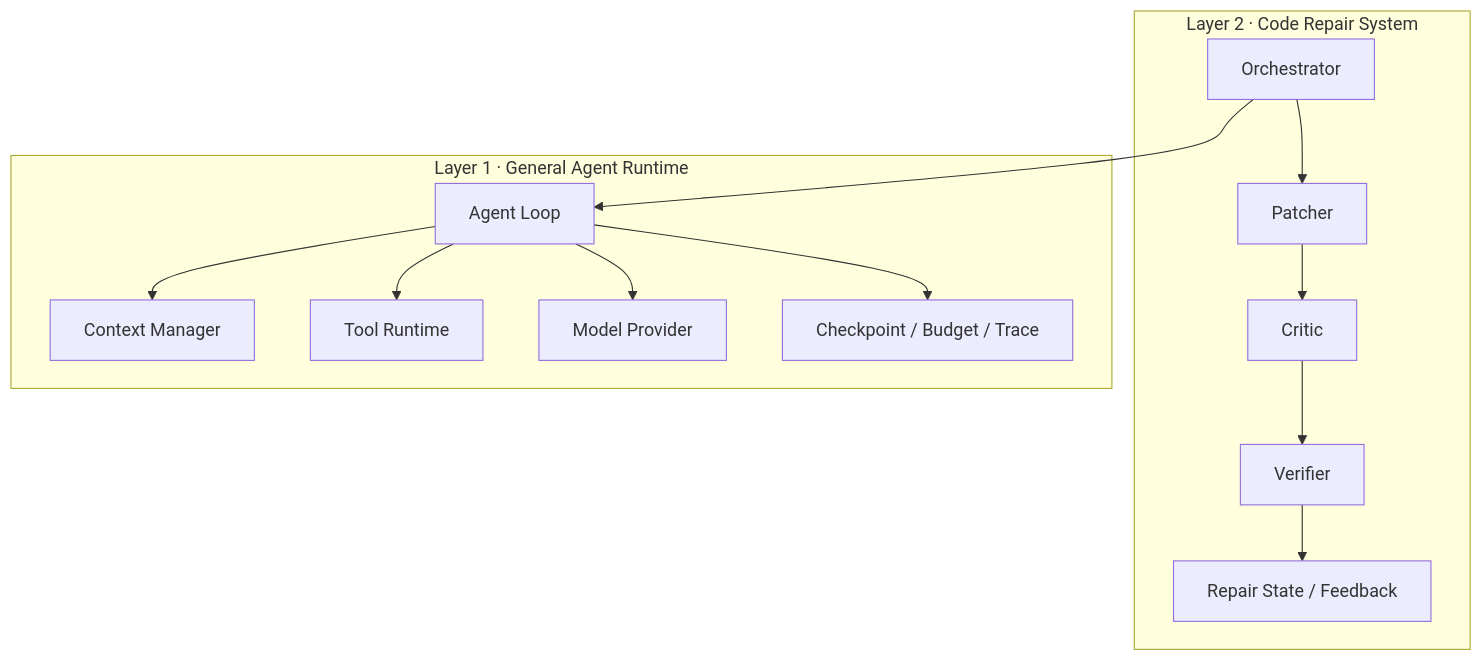
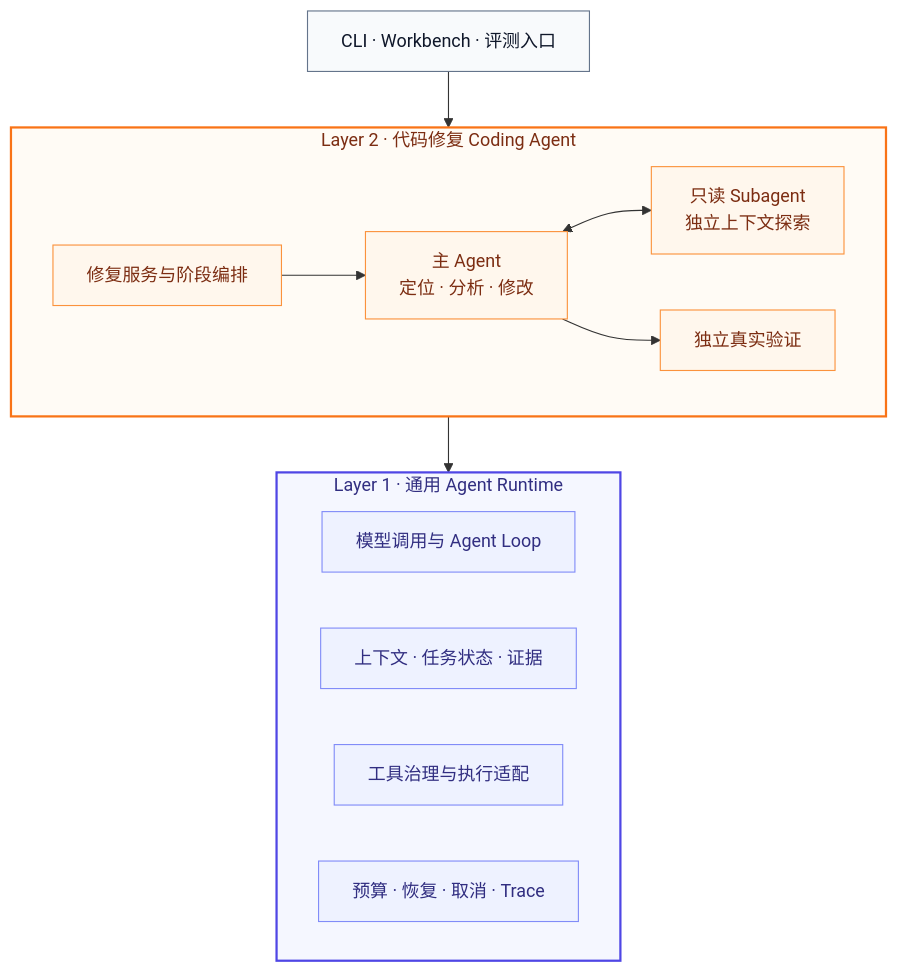
The first of 3 diagrams in fixloop/README.md (changsheng1224/agent-projects), drawn with Mermaid before and after one commit. The commit also changed other lines of this file, not shown here.

Commit message:
docs: update FixLoop runtime and workbench showcase

````diff
--- a/fixloop/README.md
+++ b/fixloop/README.md
@@ -49,23 +17,35 @@
 ```mermaid
 flowchart TB
-  subgraph L2["Layer 2 · Code Repair System"]
-    ORCH2["Orchestrator"] --> P["Patcher"]
-    P --> C["Critic"]
-    C --> V["Verifier"]
-    V --> STATE["Repair State / Feedback"]
+  ENTRY["CLI · Workbench · 评测入口"]
+
+  subgraph L2["Layer 2 · 代码修复 Coding Agent"]
+    direction LR
+    SERVICE["修复服务与阶段编排"]
+    MAIN["主 Agent<br/>定位 · 分析 · 修改"]
+    SUB["只读 Subagent<br/>独立上下文探索"]
+    VERIFY["独立真实验证"]
+    SERVICE --> MAIN
+    MAIN <--> SUB
+    MAIN --> VERIFY
   end
 
-  subgraph L1["Layer 1 · General Agent Runtime"]
-    LOOP["Agent Loop"]
-    CONTEXT["Context Manager"]
-    TOOLS["Tool Runtime"]
-    PROVIDER["Model Provider"]
-    CONTROL["Checkpoint / Budget / Trace"]
+  subgraph L1["Layer 1 · 通用 Agent Runtime"]
+    direction LR
+    LOOP["模型调用与 Agent Loop"]
+    CONTEXT["上下文 · 任务状态 · 证据"]
+    TOOLS["工具治理与执行适配"]
+    CONTROL["预算 · 恢复 · 取消 · Trace"]
   end
 
-  ORCH2 --> LOOP
-  LOOP --> CONTEXT
-  LOOP --> TOOLS
-  LOOP --> PROVIDER
-  LOOP --> CONTROL
+  ENTRY --> SERVICE
+  L2 --> L1
+
+  classDef entry fill:#F8FAFC,stroke:#64748B,color:#0F172A
+  classDef application fill:#FFF7ED,stroke:#FB923C,color:#7C2D12
+  classDef kernel fill:#EEF2FF,stroke:#818CF8,color:#312E81
+  class ENTRY entry
+  class SERVICE,MAIN,SUB,VERIFY application
+  class LOOP,CONTEXT,TOOLS,CONTROL kernel
+  style L2 fill:#FFFBF5,stroke:#F97316,stroke-width:2px,color:#7C2D12
+  style L1 fill:#F5F7FF,stroke:#4F46E5,stroke-width:2px,color:#312E81
 ```
````
